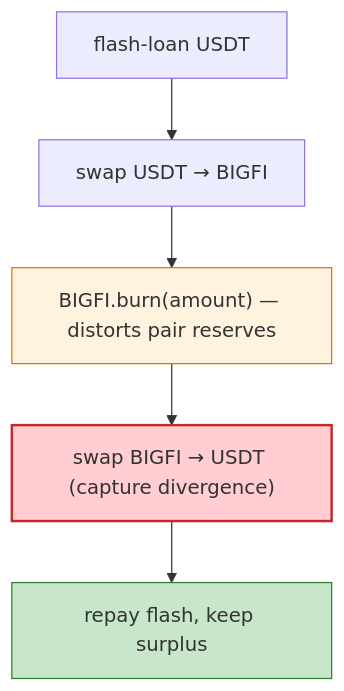
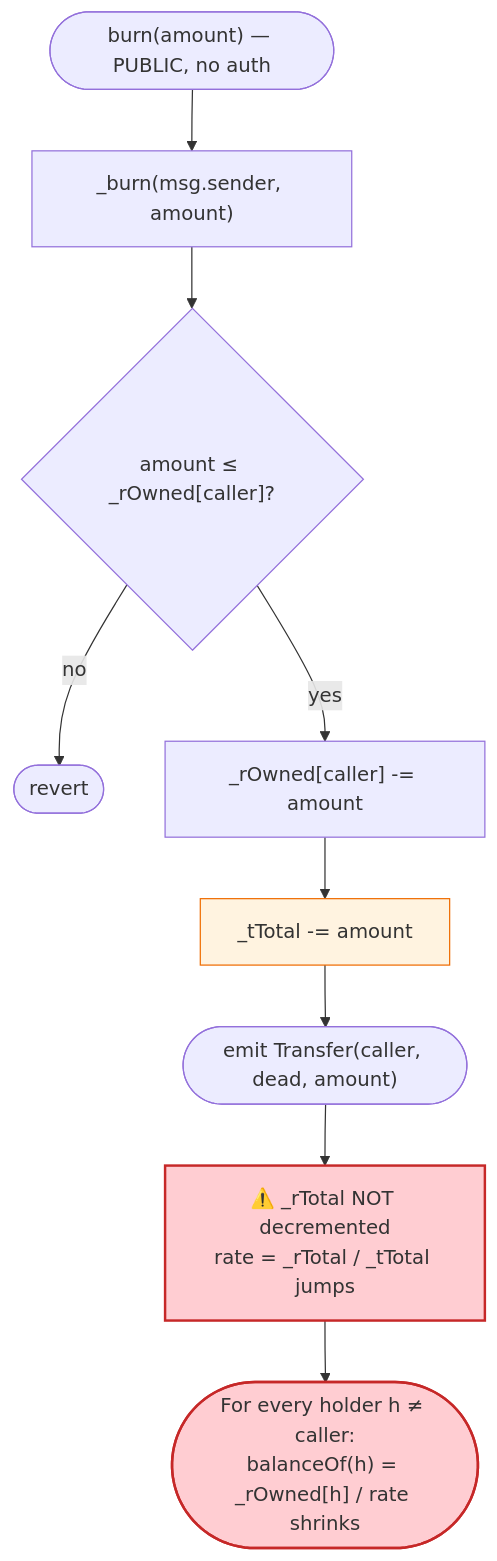
Before and after one commit to sanbir/evm-hack-registry: the third of 4 diagrams in 2023-03-BIGFI_exp/BIGFI_exp.md, drawn with Mermaid. The commit also changed other lines of this file and 52 other files, not shown here.

````diff
--- a/2023-03-BIGFI_exp/BIGFI_exp.md
+++ b/2023-03-BIGFI_exp/BIGFI_exp.md
@@ -39,11 +346,15 @@
 ```mermaid
 flowchart TD
-    FL["flash-loan USDT"] --> SW1["swap USDT → BIGFI"]
-    SW1 --> B["BIGFI.burn(amount) — distorts pair reserves"]
-    B --> SW2["swap BIGFI → USDT (capture divergence)"]
-    SW2 --> RP["repay flash, keep surplus"]
+    Start(["burn(amount) — PUBLIC, no auth"]) --> Call["_burn(msg.sender, amount)"]
+    Call --> C1{"amount ≤ _rOwned[caller]?"}
+    C1 -- no --> Revert(["revert"])
+    C1 -- yes --> DecR["_rOwned[caller] -= amount"]
+    DecR --> DecT["_tTotal -= amount"]
+    DecT --> Emit(["emit Transfer(caller, dead, amount)"])
+    Emit --> Note["⚠️ _rTotal NOT decremented<br/>rate = _rTotal / _tTotal jumps"]
+    Note --> Effect(["For every holder h ≠ caller:<br/>balanceOf(h) = _rOwned[h] / rate shrinks"])
 
-    style B fill:#fff3e0,stroke:#ef6c00
-    style SW2 fill:#ffcdd2,stroke:#c62828,stroke-width:2px
-    style RP fill:#c8e6c9,stroke:#2e7d32
+    style DecT fill:#fff3e0,stroke:#ef6c00
+    style Note fill:#ffcdd2,stroke:#c62828,stroke-width:2px
+    style Effect fill:#ffcdd2,stroke:#c62828,stroke-width:2px
 ```
````
